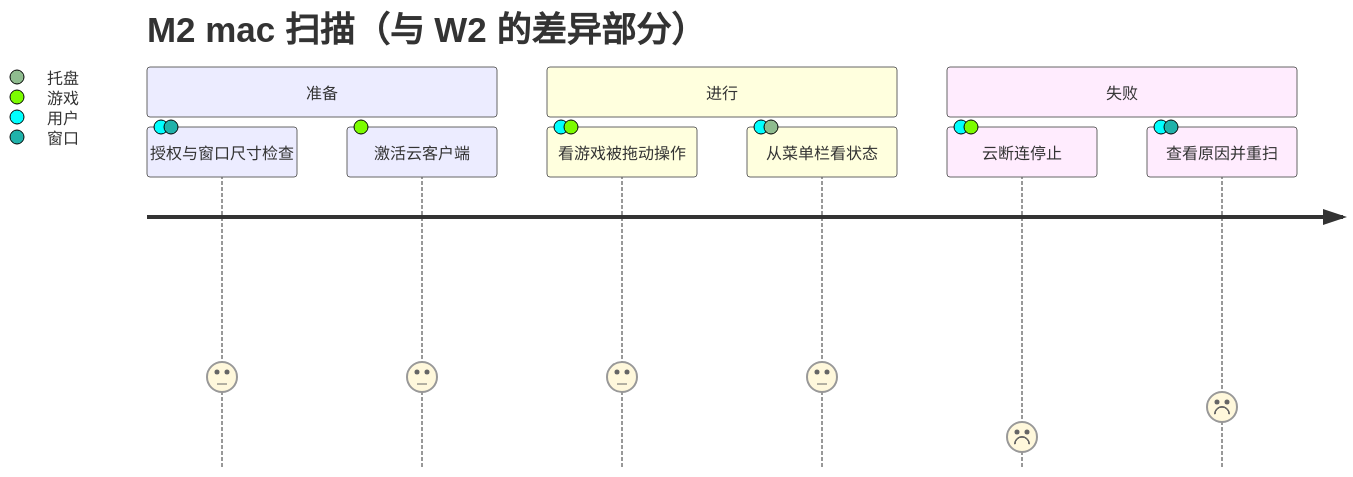
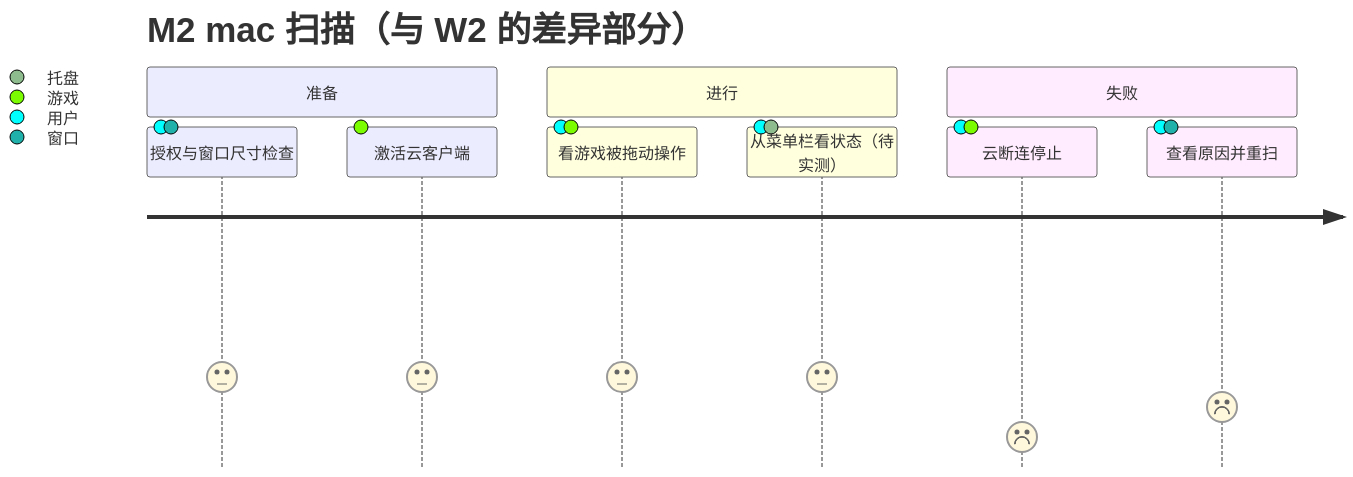
Before and after one commit to LoTwT/youkai: the second of 3 diagrams in docs/design/uiux-2026-11/04-journeys-mac.md, drawn with Mermaid. The commit also changed other lines of this file and 6 other files, not shown here.

````diff
--- a/docs/design/uiux-2026-11/04-journeys-mac.md
+++ b/docs/design/uiux-2026-11/04-journeys-mac.md
@@ -80,13 +80,13 @@
 ```mermaid
 journey
   title M2 mac 扫描（与 W2 的差异部分）
   section 准备
     授权与窗口尺寸检查: 3: 用户, 窗口
     激活云客户端: 3: 游戏
   section 进行
     看游戏被拖动操作: 3: 用户, 游戏
-    从菜单栏看状态: 3: 用户, 托盘
+    从菜单栏看状态（待实测）: 3: 用户, 托盘
   section 失败
     云断连停止: 1: 用户, 游戏
     查看原因并重扫: 2: 用户, 窗口
 ```
````
